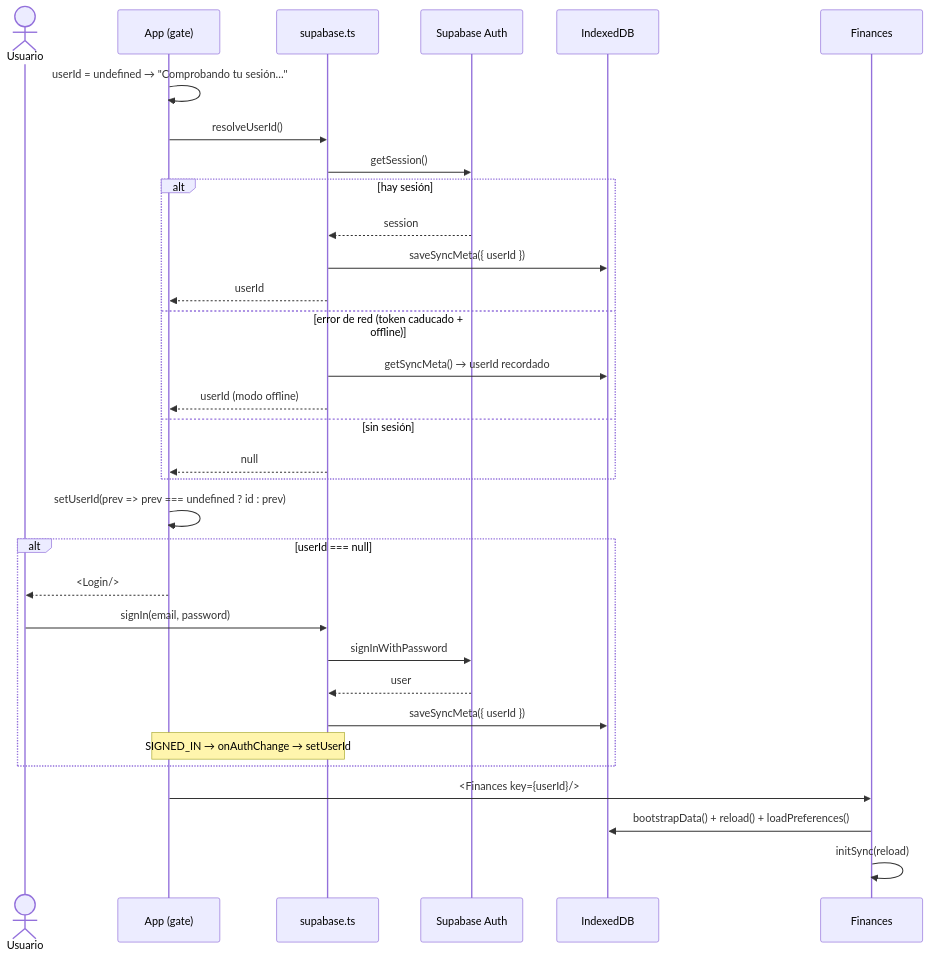
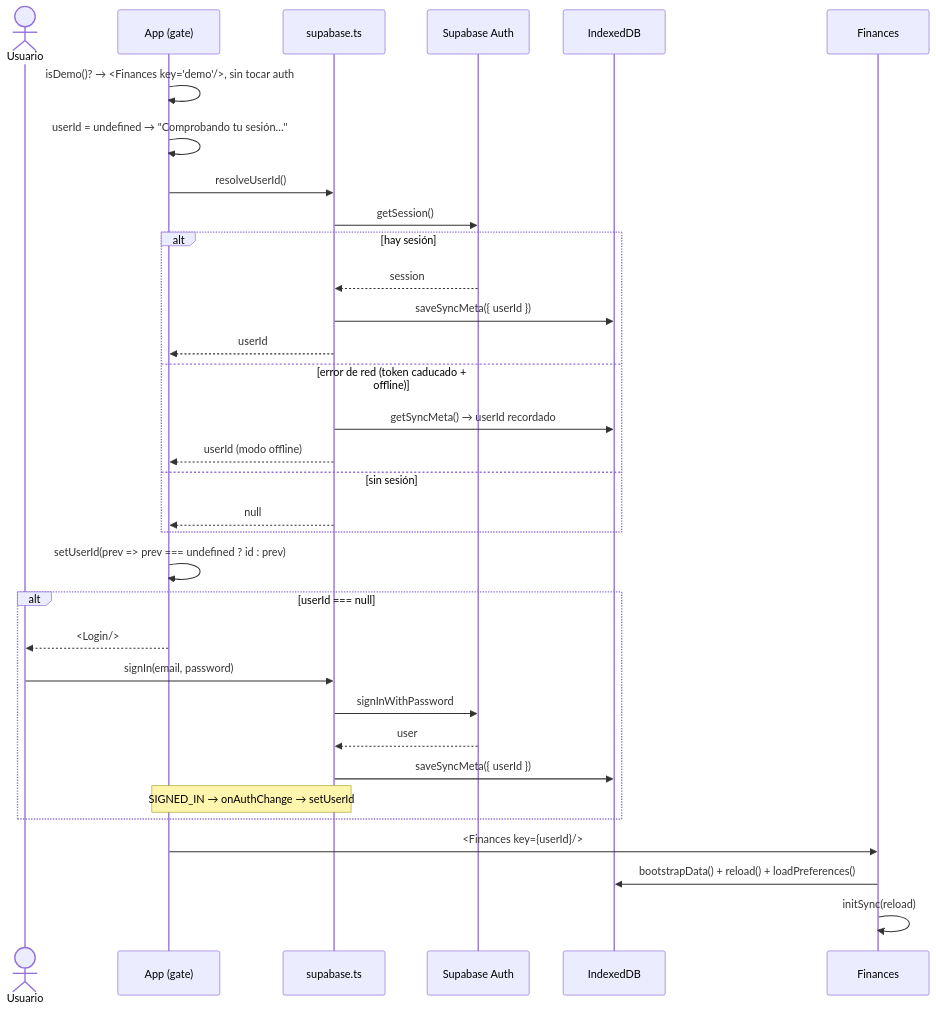
The first of 3 diagrams in docs/flows/login.md (JoseCarlosCabelloTejero/FinHub), drawn with Mermaid before and after one commit. The commit also changed other lines of this file and 15 other files, not shown here.

````diff
--- a/docs/flows/login.md
+++ b/docs/flows/login.md
@@ -15,37 +16,38 @@
 ```mermaid
 sequenceDiagram
     actor U as Usuario
     participant App as App (gate)
     participant SB as supabase.ts
     participant Auth as Supabase Auth
     participant DB as IndexedDB
     participant Fin as Finances
 
+    App->>App: isDemo()? → <Finances key="demo"/>, sin tocar auth
     App->>App: userId = undefined → "Comprobando tu sesión…"
     App->>SB: resolveUserId()
     SB->>Auth: getSession()
     alt hay sesión
         Auth-->>SB: session
         SB->>DB: saveSyncMeta({ userId })
         SB-->>App: userId
     else error de red (token caducado + offline)
         SB->>DB: getSyncMeta() → userId recordado
         SB-->>App: userId (modo offline)
     else sin sesión
         SB-->>App: null
     end
     App->>App: setUserId(prev => prev === undefined ? id : prev)
 
     alt userId === null
         App-->>U: <Login/>
         U->>SB: signIn(email, password)
         SB->>Auth: signInWithPassword
         Auth-->>SB: user
         SB->>DB: saveSyncMeta({ userId })
         Note over SB,App: SIGNED_IN → onAuthChange → setUserId
     end
 
     App->>Fin: <Finances key={userId}/>
     Fin->>DB: bootstrapData() + reload() + loadPreferences()
     Fin->>Fin: initSync(reload)
 ```
````
